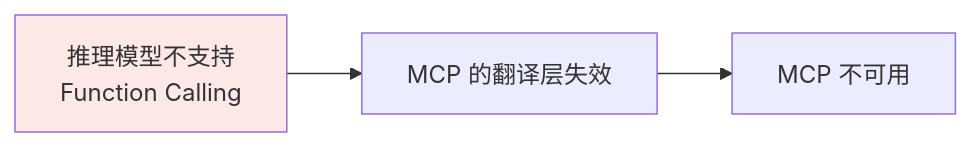
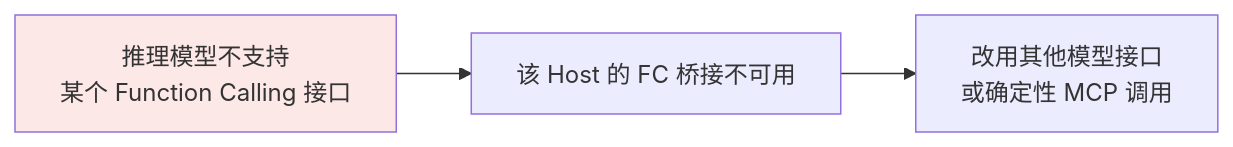
One commit to oneleaveknowsthefall/awesome-ai-roadmap changed the first of 4 diagrams in docs/tools/07-reasoning-models-and-tools.md. Above: the diagram before and after it, drawn with Mermaid. The commit also changed other lines of this file and 77 other files, not shown here.

Commit message:
docs: audit and modernize the AI roadmap

````diff
--- a/docs/tools/07-reasoning-models-and-tools.md
+++ b/docs/tools/07-reasoning-models-and-tools.md
@@ -7,7 +7,7 @@
 ```mermaid
 flowchart LR
-    A["推理模型不支持<br/>Function Calling"] --> B["MCP 的翻译层失效"]
-    B --> C["MCP 不可用"]
+    A["推理模型不支持<br/>某个 Function Calling 接口"] --> B["该 Host 的 FC 桥接不可用"]
+    B --> C["改用其他模型接口<br/>或确定性 MCP 调用"]
 
     style A fill:#fce8e6
 ```
````
